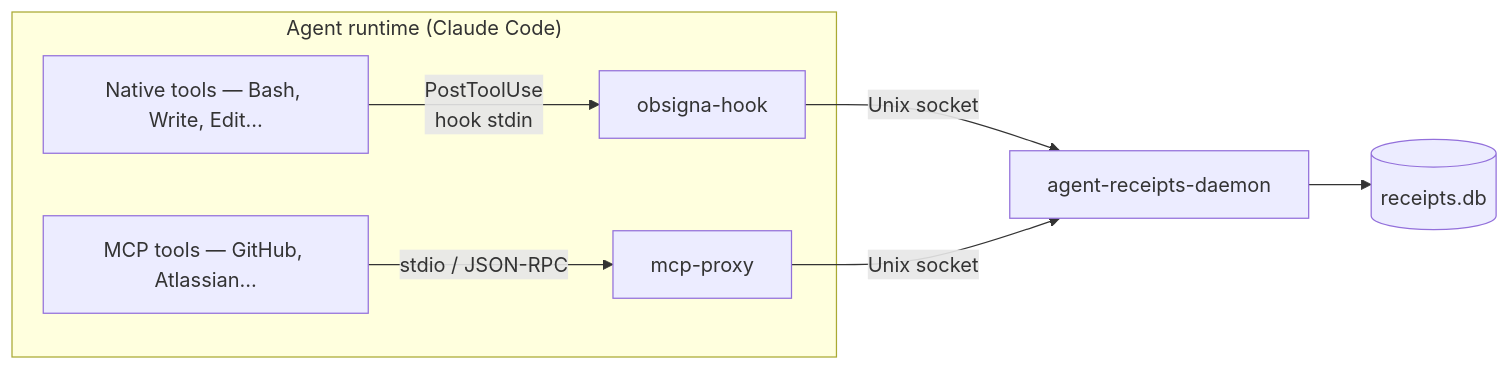
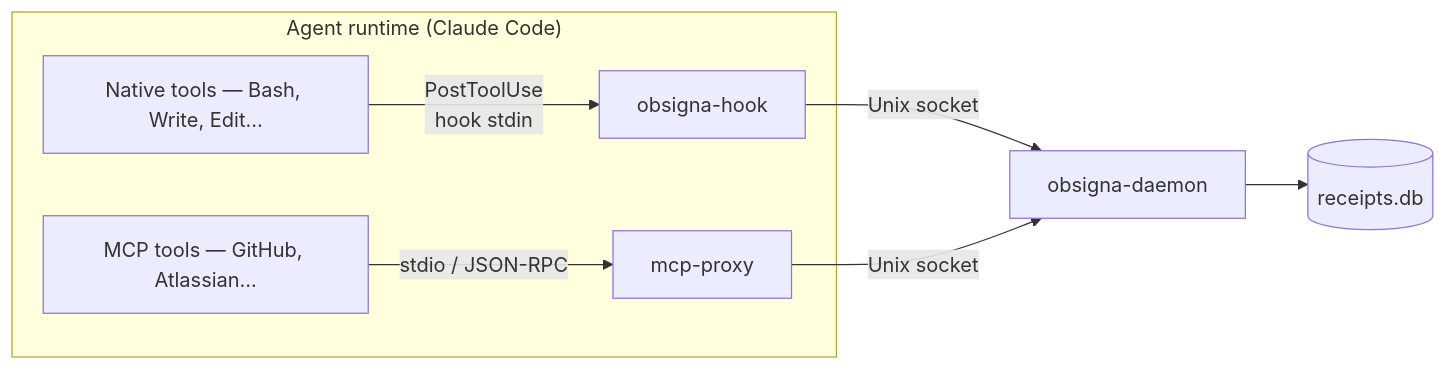
Before and after one commit to agent-receipts/ar: the diagram in site/src/content/docs/hook/overview.mdx, drawn with Mermaid. The commit also changed other lines of this file and 41 other files, not shown here.

````diff
--- a/site/src/content/docs/hook/overview.mdx
+++ b/site/src/content/docs/hook/overview.mdx
@@ -8,10 +8,10 @@
 ```mermaid
 graph LR
   subgraph agent["Agent runtime (Claude Code)"]
     T1[Native tools — Bash, Write, Edit…] -- "PostToolUse\nhook stdin" --> H[obsigna-hook]
     T2[MCP tools — GitHub, Atlassian…] -- "stdio / JSON-RPC" --> P[mcp-proxy]
   end
-  H -- "Unix socket" --> D[agent-receipts-daemon]
+  H -- "Unix socket" --> D[obsigna-daemon]
   P -- "Unix socket" --> D
   D --> DB[(receipts.db)]
 ```
````
